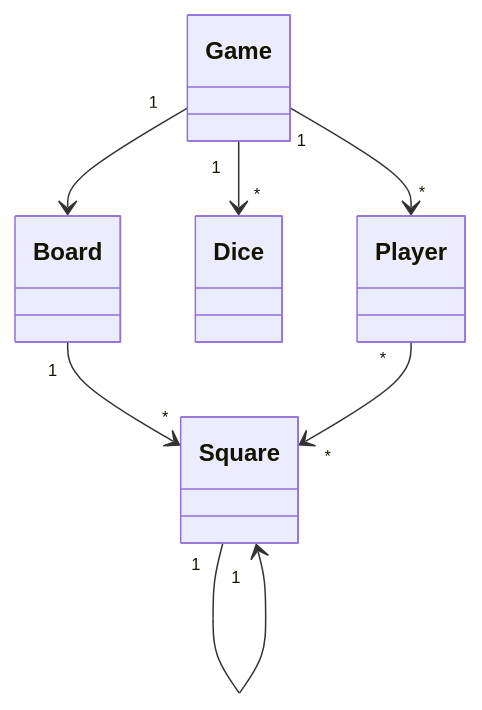
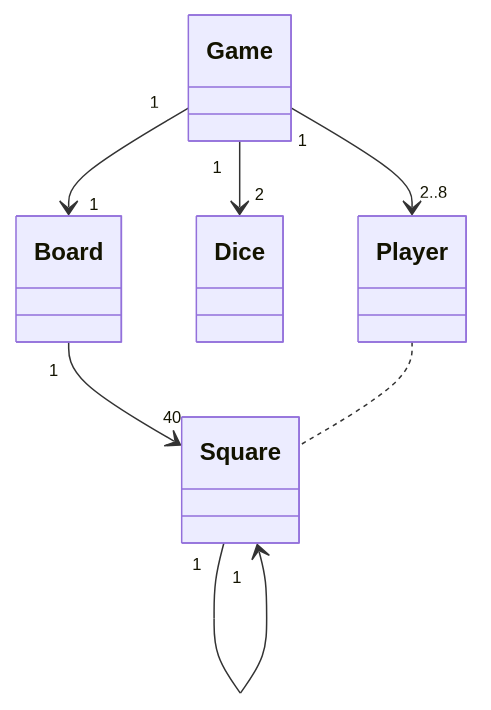
The diagram in laskarit/viikko3/monopoly_task_1.md (heidi-holappa/ot-harjoitustyo), drawn with Mermaid before and after one commit. The commit also changed other lines of this file and 3 other files, not shown here.

````diff
--- a/laskarit/viikko3/monopoly_task_1.md
+++ b/laskarit/viikko3/monopoly_task_1.md
@@ -3,24 +3,24 @@
 ```mermaid
  classDiagram
-      Game "1" --> "*" Player
-      Game "1" --> "*" Dice
-      Game "1" --> Board      
-      Board "1" --> "*" Square
-      Player "*" --> "*" Square
+      Game "1" --> "2..8" Player
+      Game "1" --> "2" Dice
+      Game "1" --> "1" Board      
+      Board "1" --> "40" Square
+      Player  ..  Square
       Square "1" --> "1" Square
       class Game{         
 
       }
       class Board{
     
       }
       class Player{
 
       }
       class Dice{
 
       }
       class Square{
 
       }
 ```
````
